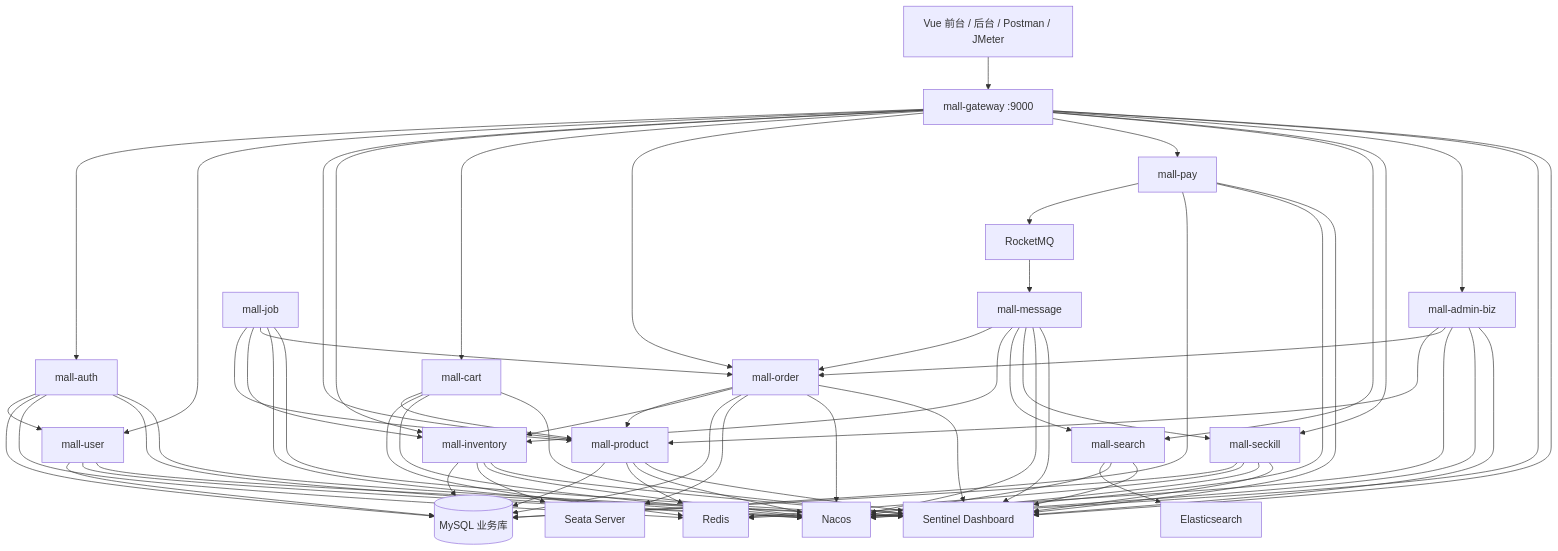
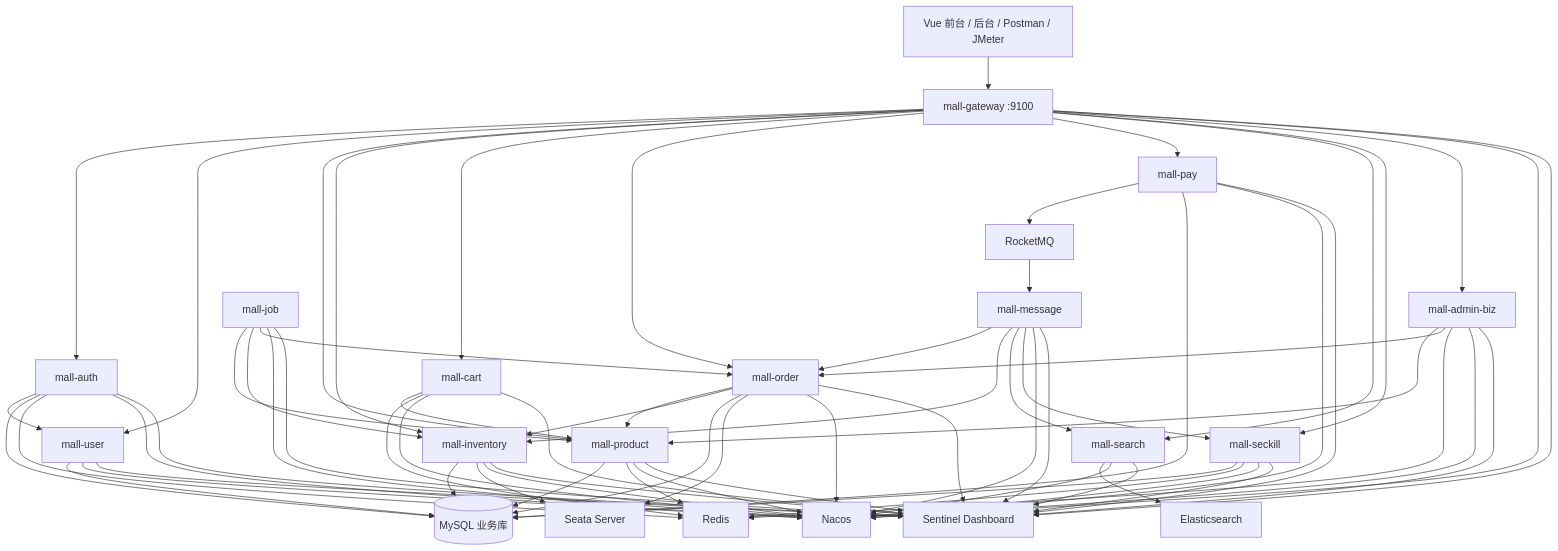
The first of 4 diagrams in docs/ARCHITECTURE.md (zyyyyynnn/Microservices-Final-Project), drawn with Mermaid before and after one commit. The commit also changed other lines of this file and 61 other files, not shown here.

````diff
--- a/docs/ARCHITECTURE.md
+++ b/docs/ARCHITECTURE.md
@@ -25,52 +25,52 @@
 ```mermaid
 graph TB
   Client[Vue 前台 / 后台 / Postman / JMeter]
-  Gateway[mall-gateway :9000]
+  Gateway[mall-gateway :9100]
   Nacos[Nacos]
   Sentinel[Sentinel Dashboard]
   Seata[Seata Server]
   MQ[RocketMQ]
   Redis[Redis]
   ES[Elasticsearch]
   MySQL[(MySQL 业务库)]
 
   Auth[mall-auth]
   User[mall-user]
   Product[mall-product]
   Inventory[mall-inventory]
   Cart[mall-cart]
   Order[mall-order]
   Pay[mall-pay]
   Search[mall-search]
   Seckill[mall-seckill]
   Message[mall-message]
   Admin[mall-admin-biz]
   Job[mall-job]
 
   Client --> Gateway
   Gateway --> Auth & User & Product & Inventory & Cart & Order & Pay & Search & Seckill & Admin
 
   Auth --> User
   Cart --> Product
   Order --> Product
   Order --> Inventory
   Pay --> MQ
   MQ --> Message
   Message --> Order
   Message --> Inventory
   Message --> Search
   Message --> Seckill
   Admin --> Product
   Admin --> Order
   Job --> Product
   Job --> Inventory
   Job --> Order
 
   Auth & User & Product & Inventory & Order & Pay & Seckill --> MySQL
   Cart & Auth & Product & Seckill & Admin --> Redis
   Search --> ES
   Order & Inventory --> Seata
 
   Gateway & Auth & User & Product & Inventory & Cart & Order & Pay & Search & Seckill & Message & Admin & Job --> Nacos
   Gateway & Auth & User & Product & Inventory & Cart & Order & Pay & Search & Seckill & Message & Admin & Job --> Sentinel
 ```
````
